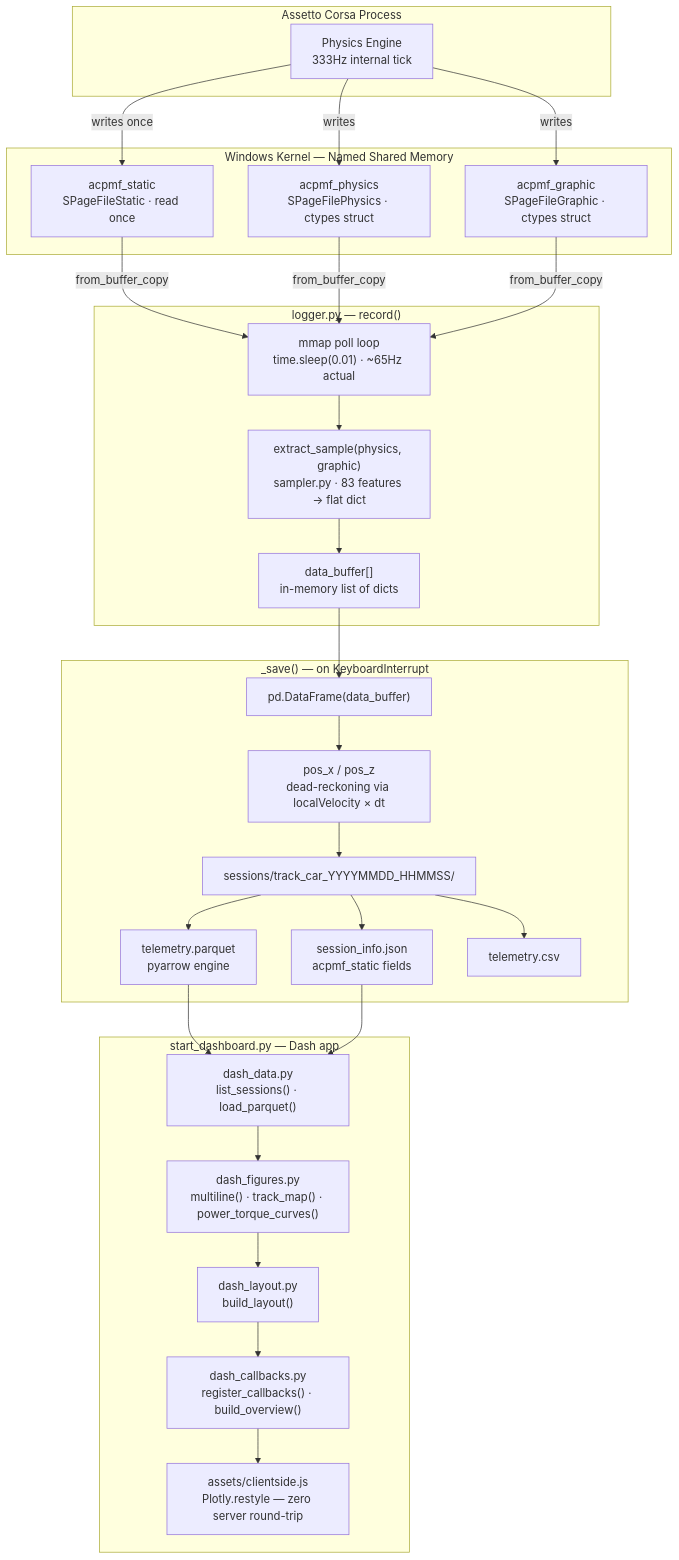
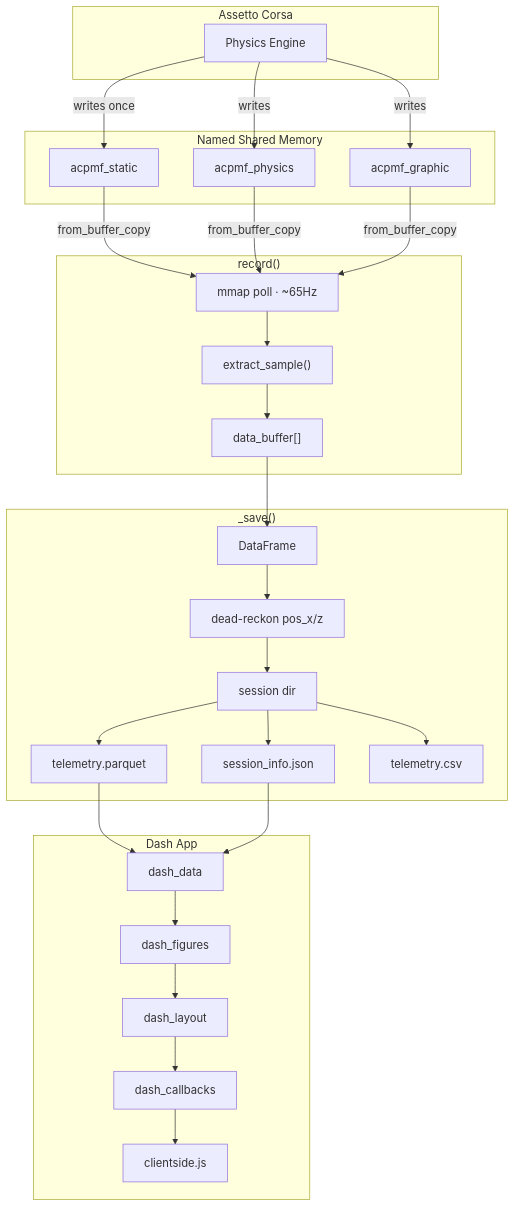
Before and after one commit to nasim-raj-laskar/AC-Datalogger: the diagram in README.md, drawn with Mermaid. The commit also changed other lines of this file, not shown here.

Commit message:
feat: init AC-Datalogger — 81-feature shared memory telemetry logger + Dash dashboard

````diff
--- a/README.md
+++ b/README.md
@@ -20,59 +30,59 @@
 ```mermaid
 flowchart TD
-    subgraph AC ["Assetto Corsa Process"]
-        PHY["Physics Engine\n333Hz internal tick"]
+    subgraph AC ["Assetto Corsa"]
+        PHY["Physics Engine"]
     end
 
-    subgraph WinKernel ["Windows Kernel — Named Shared Memory"]
-        SMP["acpmf_physics\nSPageFilePhysics · ctypes struct"]
-        SMG["acpmf_graphic\nSPageFileGraphic · ctypes struct"]
-        SMS["acpmf_static\nSPageFileStatic · read once"]
+    subgraph WinKernel ["Named Shared Memory"]
+        SMP["acpmf_physics"]
+        SMG["acpmf_graphic"]
+        SMS["acpmf_static"]
     end
 
-    subgraph Logger ["logger.py — record()"]
-        POLL["mmap poll loop\ntime.sleep(0.01) · ~65Hz actual"]
-        BUF["data_buffer[]\nin-memory list of dicts"]
-        SAMP["extract_sample(physics, graphic)\nsampler.py · 83 features → flat dict"]
+    subgraph Logger ["record()"]
+        POLL["mmap poll · ~65Hz"]
+        SAMP["extract_sample()"]
+        BUF["data_buffer[]"]
     end
 
-    subgraph Save ["_save() — on KeyboardInterrupt"]
-        DF["pd.DataFrame(data_buffer)"]
-        POS["pos_x / pos_z\ndead-reckoning via localVelocity × dt"]
-        DIR["sessions/track_car_YYYYMMDD_HHMMSS/"]
-        META["session_info.json\nacpmf_static fields"]
-        PARQ["telemetry.parquet\npyarrow engine"]
+    subgraph Save ["_save()"]
+        DF["DataFrame"]
+        POS["dead-reckon pos_x/z"]
+        DIR["session dir"]
+        META["session_info.json"]
+        PARQ["telemetry.parquet"]
         CSV["telemetry.csv"]
     end
 
-    subgraph Dashboard ["start_dashboard.py — Dash app"]
-        LOAD["dash_data.py\nlist_sessions() · load_parquet()"]
-        FIG["dash_figures.py\nmultiline() · track_map() · power_torque_curves()"]
-        LAY["dash_layout.py\nbuild_layout()"]
-        CB["dash_callbacks.py\nregister_callbacks() · build_overview()"]
-        JS["assets/clientside.js\nPlotly.restyle — zero server round-trip"]
+    subgraph Dashboard ["Dash App"]
+        LOAD["dash_data"]
+        FIG["dash_figures"]
+        LAY["dash_layout"]
+        CB["dash_callbacks"]
+        JS["clientside.js"]
     end
 
     PHY -->|writes| SMP
     PHY -->|writes| SMG
     PHY -->|writes once| SMS
 
     SMS -->|from_buffer_copy| POLL
     SMP -->|from_buffer_copy| POLL
     SMG -->|from_buffer_copy| POLL
 
     POLL --> SAMP
     SAMP --> BUF
     BUF --> DF
     DF --> POS
     POS --> DIR
     DIR --> META
     DIR --> PARQ
     DIR --> CSV
 
     PARQ --> LOAD
     META --> LOAD
     LOAD --> FIG
     FIG --> LAY
     LAY --> CB
     CB --> JS
 ```
````
